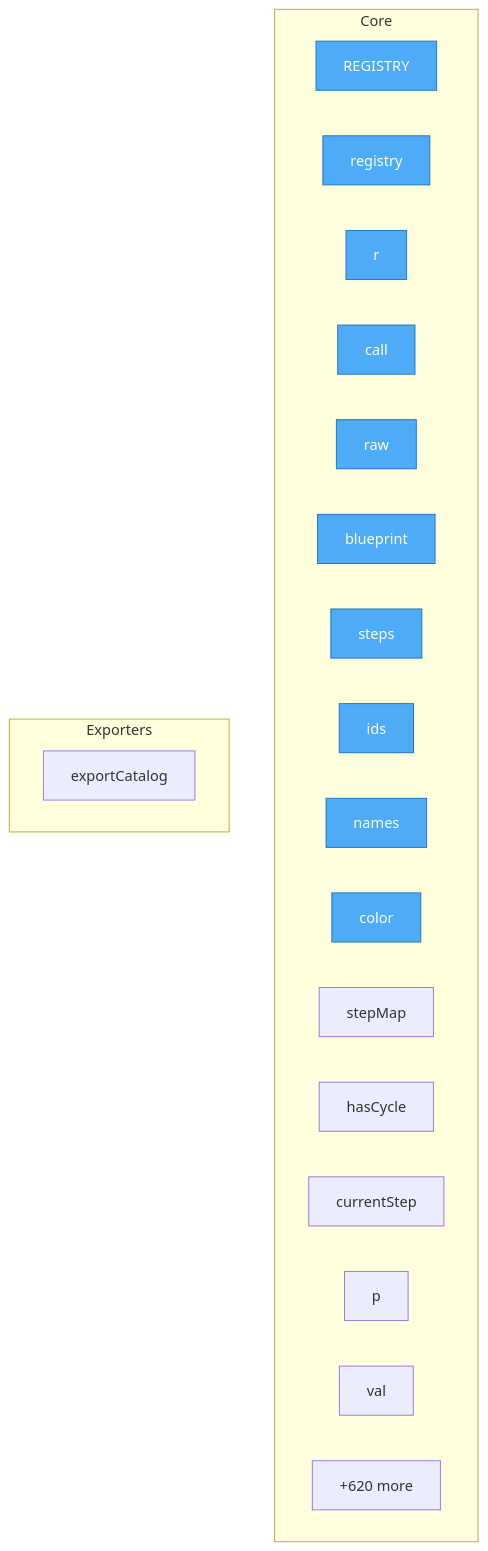
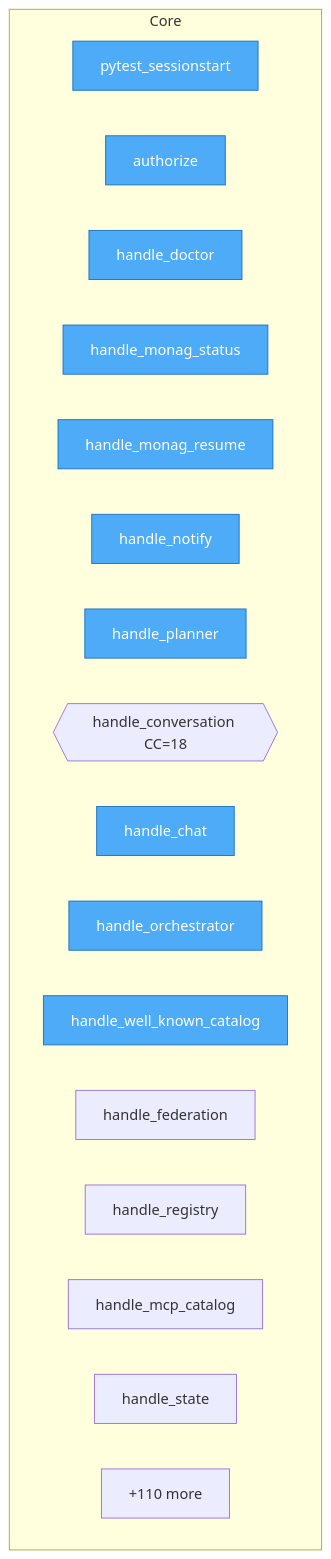
Before and after one commit to paxlet-com/taskand: the diagram in project/flow.mmd, drawn with Mermaid. The commit also changed 18 other files, not shown here.

Commit message:
feat(project): update architecture maps, flow diagrams and logic representation (ticket-045) (#44)

```diff
--- a/project/flow.mmd
+++ b/project/flow.mmd
@@ -1,30 +1,26 @@
 flowchart TD
-%% generated in 0.01s
+%% generated in 0.20s
 
     %% Entry points (blue)
     classDef entry fill:#4dabf7,stroke:#1971c2,color:#fff
 
     subgraph Core
-        generated__validator__resolve__taskand__dev__v1__registry_client__REGISTRY["REGISTRY"]
-        generated__validator__resolve__taskand__dev__v1__registry_client__registry["registry"]
-        generated__validator__resolve__taskand__dev__v1__registry_client__r["r"]
-        generated__validator__resolve__taskand__dev__v1__registry_client__call["call"]
-        generated__validator__resolve__taskand__dev__v1__bin__raw["raw"]
-        generated__validator__resolve__taskand__dev__v1__bin__blueprint["blueprint"]
-        generated__validator__resolve__taskand__dev__v1__bin__steps["steps"]
-        generated__validator__resolve__taskand__dev__v1__bin__ids["ids"]
-        generated__validator__resolve__taskand__dev__v1__bin__names["names"]
-        generated__validator__resolve__taskand__dev__v1__bin__color["color"]
-        generated__validator__resolve__taskand__dev__v1__bin__stepMap["stepMap"]
-        generated__validator__resolve__taskand__dev__v1__bin__hasCycle["hasCycle"]
-        generated__validator__resolve__taskand__dev__v1__bin__currentStep["currentStep"]
-        generated__validator__resolve__taskand__dev__v1__bin__p["p"]
-        generated__validator__resolve__taskand__dev__v1__bin__val["val"]
-        ...["+620 more"]
+        wellmanifest_governance__pytest_sessionstart["pytest_sessionstart"]
+        gateway__handlers__mcp_control__authorize["authorize"]
+        gateway__handlers__doctor__handle_doctor["handle_doctor"]
+        gateway__handlers__monag_handler__handle_monag_status["handle_monag_status"]
+        gateway__handlers__monag_handler__handle_monag_resume["handle_monag_resume"]
+        gateway__handlers__monag_handler__handle_notify["handle_notify"]
+        gateway__handlers__planner__handle_planner["handle_planner"]
+        gateway__handlers__chat__handle_conversation{{handle_conversation CC=18}}
+        gateway__handlers__chat__handle_chat["handle_chat"]
+        gateway__handlers__orchestrator__handle_orchestrator["handle_orchestrator"]
+        gateway__handlers__federation__handle_well_known_catalog["handle_well_known_catalog"]
+        gateway__handlers__federation__handle_federation["handle_federation"]
+        gateway__handlers__federation__handle_registry["handle_registry"]
+        gateway__handlers__context__handle_mcp_catalog["handle_mcp_catalog"]
+        gateway__handlers__context__handle_state["handle_state"]
+        ...["+110 more"]
     end
 
-    subgraph Exporters
-        generated__registry__core__taskand__dev__v1__federation__exportCatalog["exportCatalog"]
-    end
-
-    class generated__validator__resolve__taskand__dev__v1__registry_client__REGISTRY,generated__validator__resolve__taskand__dev__v1__registry_client__registry,generated__validator__resolve__taskand__dev__v1__registry_client__r,generated__validator__resolve__taskand__dev__v1__registry_client__call,generated__validator__resolve__taskand__dev__v1__bin__raw,generated__validator__resolve__taskand__dev__v1__bin__blueprint,generated__validator__resolve__taskand__dev__v1__bin__steps,generated__validator__resolve__taskand__dev__v1__bin__ids,generated__validator__resolve__taskand__dev__v1__bin__names,generated__validator__resolve__taskand__dev__v1__bin__color entry
+    class wellmanifest_governance__pytest_sessionstart,gateway__handlers__mcp_control__authorize,gateway__handlers__doctor__handle_doctor,gateway__handlers__monag_handler__handle_monag_status,gateway__handlers__monag_handler__handle_monag_resume,gateway__handlers__monag_handler__handle_notify,gateway__handlers__planner__handle_planner,gateway__handlers__chat__handle_chat,gateway__handlers__orchestrator__handle_orchestrator,gateway__handlers__federation__handle_well_known_catalog entry
```
